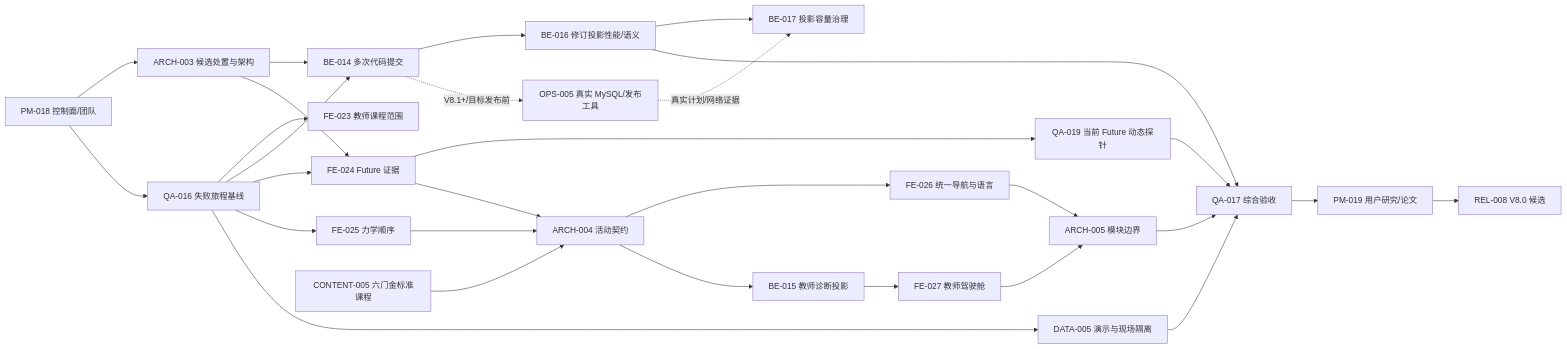
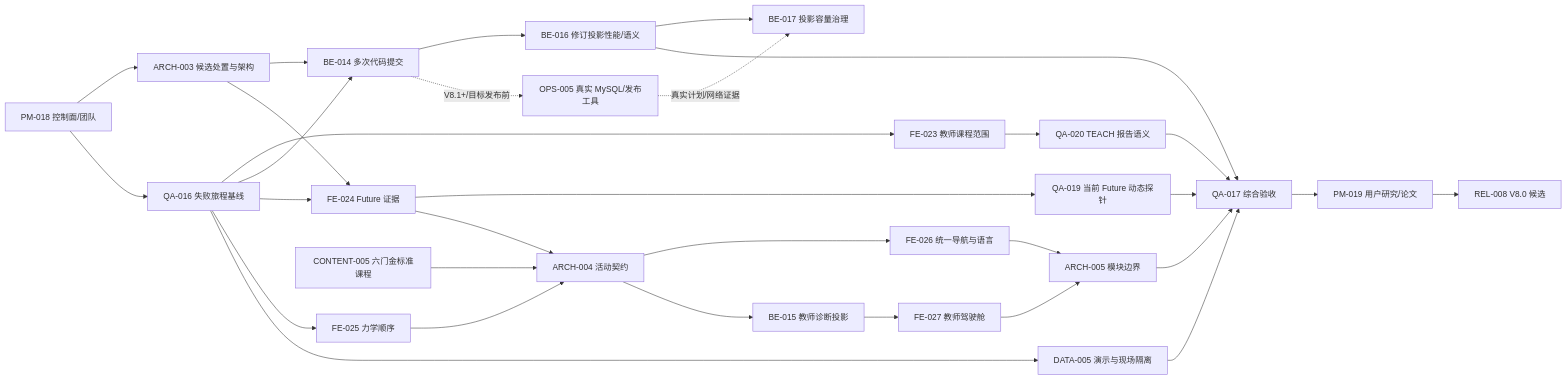
Before and after one commit to falling-feather/Astra: the sixth of 6 diagrams in doc/02-项目规划.md, drawn with Mermaid. The commit also changed other lines of this file and 3 other files, not shown here.

````diff
--- a/doc/02-项目规划.md
+++ b/doc/02-项目规划.md
@@ -426,31 +436,33 @@
 ```mermaid
 flowchart LR
     PM18["PM-018 控制面/团队"] --> ARCH3["ARCH-003 候选处置与架构"]
     PM18 --> QA16["QA-016 失败旅程基线"]
     ARCH3 --> BE14["BE-014 多次代码提交"]
     BE14 --> BE16["BE-016 修订投影性能/语义"]
     BE16 --> BE17["BE-017 投影容量治理"]
     BE14 -. "V8.1+/目标发布前" .-> OPS5["OPS-005 真实 MySQL/发布工具"]
     OPS5 -. "真实计划/网络证据" .-> BE17
     ARCH3 --> FE24["FE-024 Future 证据"]
     QA16 --> FE23["FE-023 教师课程范围"]
+    FE23 --> QA20["QA-020 TEACH 报告语义"]
     QA16 --> BE14
     QA16 --> FE24
     FE24 --> QA19["QA-019 当前 Future 动态探针"]
     QA16 --> FE25["FE-025 力学顺序"]
     QA16 --> DATA5["DATA-005 演示与现场隔离"]
     FE24 --> ARCH4["ARCH-004 活动契约"]
     FE25 --> ARCH4
     CONTENT5["CONTENT-005 六门金标准课程"] --> ARCH4
     ARCH4 --> FE26["FE-026 统一导航与语言"]
     ARCH4 --> BE15["BE-015 教师诊断投影"]
     BE15 --> FE27["FE-027 教师驾驶舱"]
     FE26 --> ARCH5["ARCH-005 模块边界"]
     FE27 --> ARCH5
     ARCH5 --> QA17["QA-017 综合验收"]
     QA19 --> QA17
+    QA20 --> QA17
     BE16 --> QA17
     DATA5 --> QA17
     QA17 --> PM19["PM-019 用户研究/论文"]
     PM19 --> REL8["REL-008 V8.0 候选"]
 ```
````
